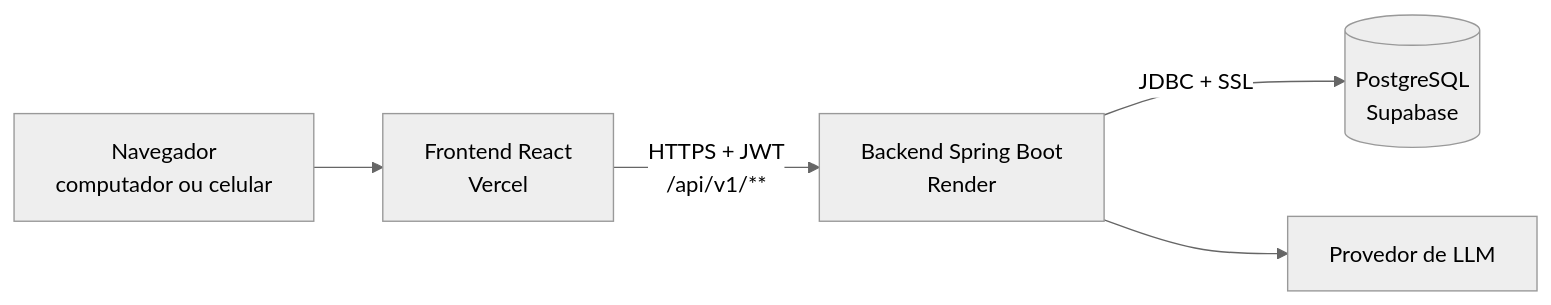
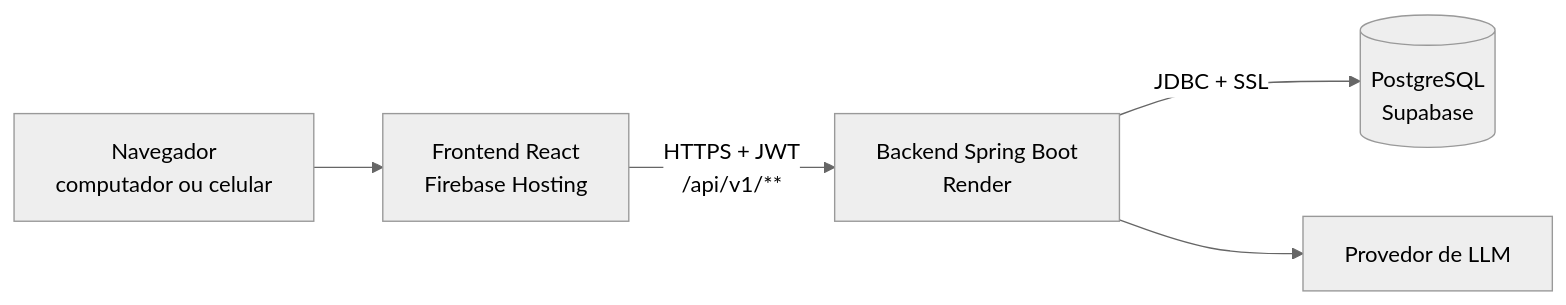
The first of 7 diagrams in backend/README.md (eksdat/tens-fes-web), drawn with Mermaid (neutral theme) before and after one commit. The commit also changed other lines of this file and 4 other files, not shown here.

````diff
--- a/backend/README.md
+++ b/backend/README.md
@@ -194,7 +194,7 @@
 ```mermaid
 flowchart LR
-    U[Navegador<br/>computador ou celular] --> F[Frontend React<br/>Vercel]
+    U[Navegador<br/>computador ou celular] --> F[Frontend React<br/>Firebase Hosting]
     F -- HTTPS + JWT<br/>/api/v1/** --> B[Backend Spring Boot<br/>Render]
     B -- JDBC + SSL --> D[(PostgreSQL<br/>Supabase)]
     B --> L[Provedor de LLM]
 ```
````
